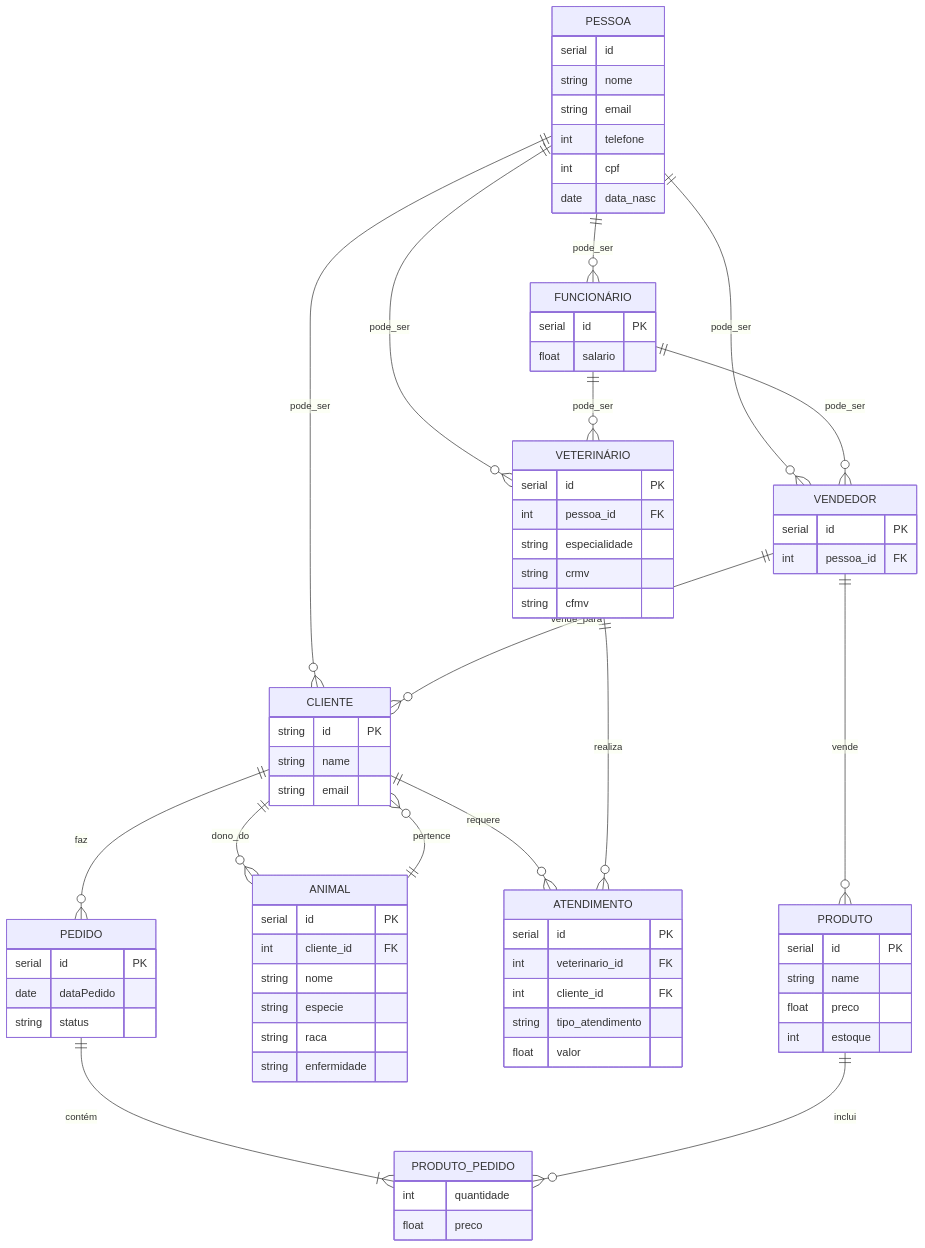
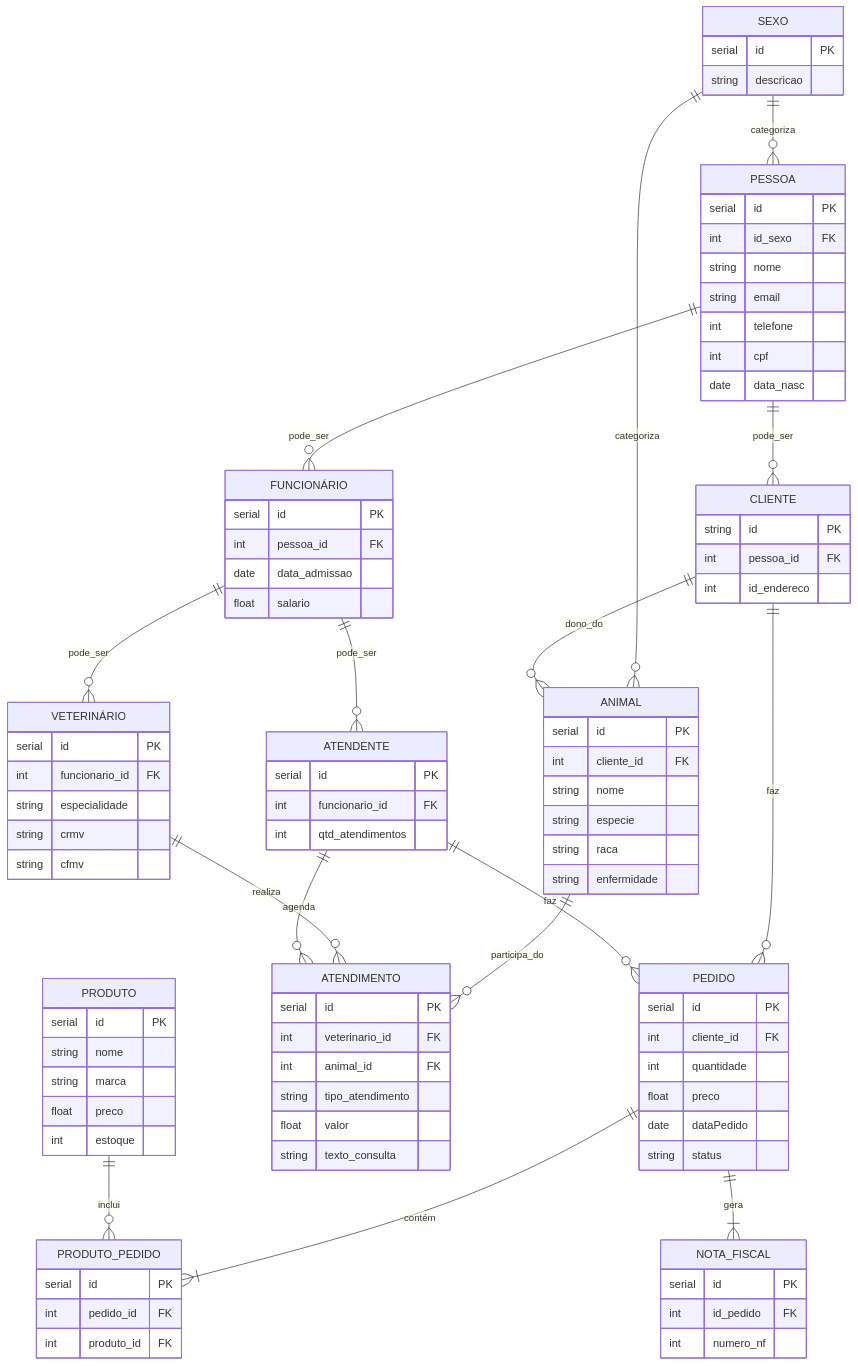
The diagram in README.md (Lauraasn/APP-CLINICA-VETERINARIA), drawn with Mermaid before and after one commit.

Commit message:
Altera modelo de dados

````diff
--- a/README.md
+++ b/README.md
@@ -7,22 +7,27 @@
 ```mermaid
 erDiagram
+    SEXO || --o{ PESSOA : categoriza
+    SEXO || --o{ ANIMAL : categoriza
     PESSOA || --o{ CLIENTE : pode_ser
     PESSOA || --o{ FUNCIONÁRIO : pode_ser
-    PESSOA || --o{ VETERINÁRIO : pode_ser
-    PESSOA || --o{ VENDEDOR : pode_ser
     CLIENTE ||--o{ PEDIDO : faz
     CLIENTE || --o{ ANIMAL : dono_do
-    CLIENTE || --o{ ATENDIMENTO : requere
+    ANIMAL || --o{ ATENDIMENTO : participa_do
     VETERINÁRIO || --o{ ATENDIMENTO : realiza
-    VENDEDOR || --o{ PRODUTO : vende
-    VENDEDOR || --o{ CLIENTE : vende_para
+    ATENDENTE || --o{ PEDIDO : faz
+    ATENDENTE || --o{ ATENDIMENTO : agenda
     FUNCIONÁRIO || --o{ VETERINÁRIO : pode_ser
-    FUNCIONÁRIO || --o{ VENDEDOR : pode_ser
+    FUNCIONÁRIO || --o{ ATENDENTE : pode_ser
     PEDIDO ||--|{ PRODUTO_PEDIDO : contém
+    PEDIDO ||--|{ NOTA_FISCAL : gera
     PRODUTO ||--o{ PRODUTO_PEDIDO : inclui
-    ANIMAL ||--o{ CLIENTE : pertence
+    SEXO {
+        serial id PK
+        string descricao
+    }
     PESSOA {
-        serial id
+        serial id PK
+        int id_sexo FK
         string nome
         string email
         int telefone
@@ -31,23 +36,26 @@
     }
     CLIENTE {
         string id PK
-        string name
-        string email
+        int pessoa_id FK
+        int id_endereco
     }
     FUNCIONÁRIO{
         serial id PK
+        int pessoa_id FK
+        date data_admissao
         float salario
     }
     VETERINÁRIO{
         serial id PK
-        int pessoa_id FK
+        int funcionario_id FK
         string especialidade
         string crmv
         string cfmv
     }
-    VENDEDOR {
+    ATENDENTE {
         serial id PK
-        int pessoa_id FK
+        int funcionario_id FK
+        int qtd_atendimentos
     }
     ANIMAL {
         serial id PK
@@ -60,23 +68,35 @@
     ATENDIMENTO {
         serial id PK
         int veterinario_id FK
-        int cliente_id FK
+        int animal_id FK
         string tipo_atendimento
         float valor
+        string texto_consulta
     }
     PEDIDO {
         serial id PK
+        int cliente_id FK
+        int quantidade
+        float preco
         date dataPedido
         string status
     }
+    NOTA_FISCAL {
+        serial id PK
+        int id_pedido FK
+        int numero_nf
+
+    }
     PRODUTO {
         serial id PK
-        string name
+        string nome
+        string marca
         float preco
         int estoque
     }
     PRODUTO_PEDIDO {
-        int quantidade
-        float preco
+        serial id PK
+        int pedido_id FK
+        int produto_id FK
     }
 ```
````
